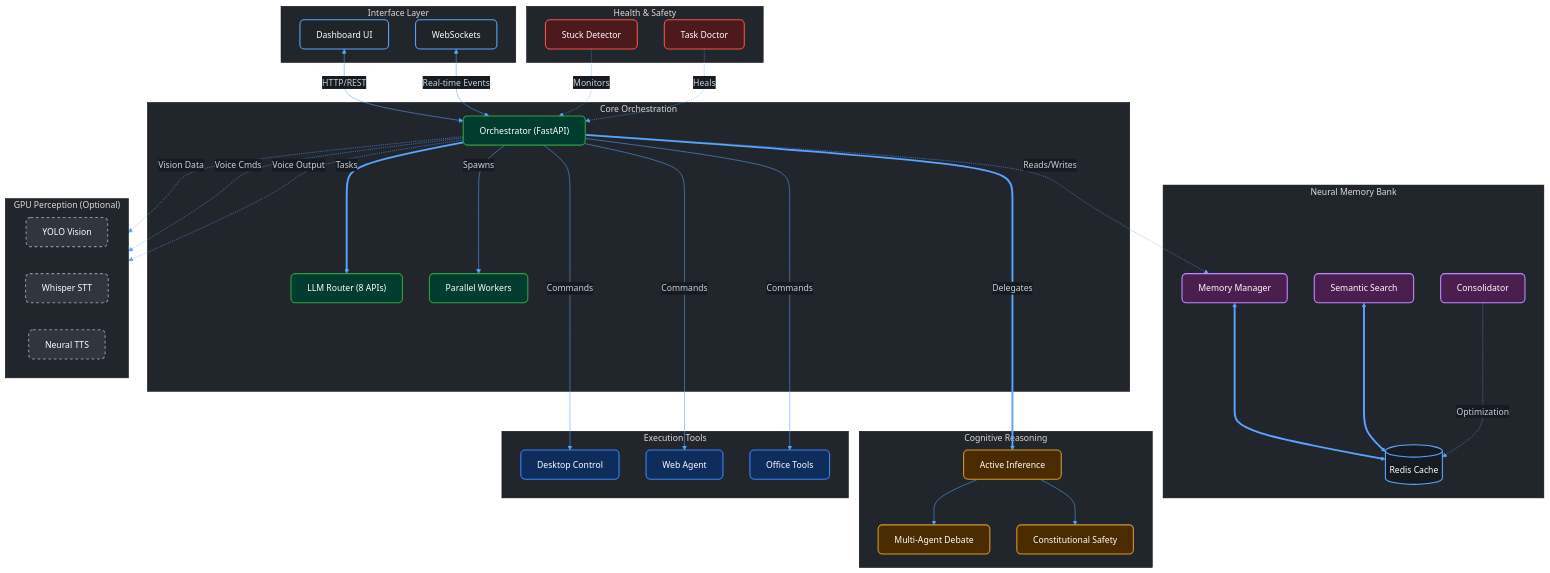
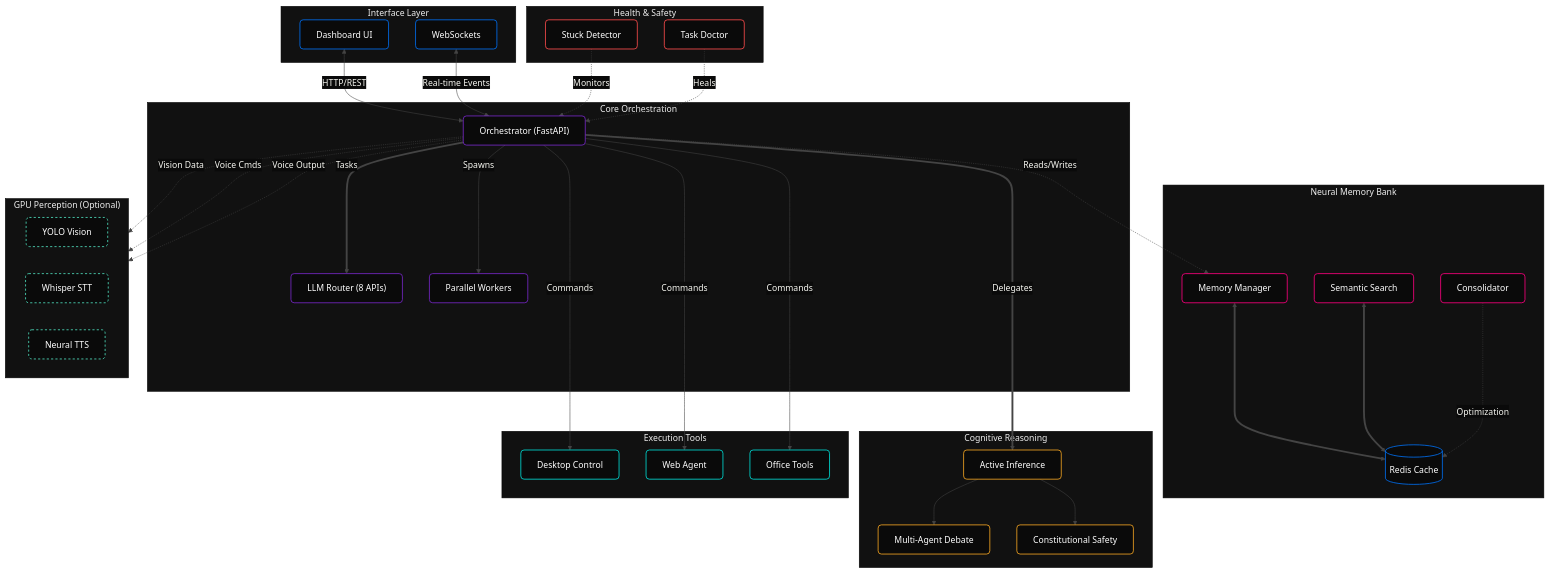
Before and after one commit to shashankrpatil077-ctrl/xoyo: the diagram in README.md, drawn with Mermaid.

Commit message:
style: Upgrade architecture diagrams to premium minimalist Vercel/Stripe dark aesthetic

```diff
--- a/README.md
+++ b/README.md
@@ -90,23 +90,23 @@
 %%{init: {
   'theme': 'base',
   'themeVariables': {
-    'primaryColor': '#0d1117',
-    'primaryTextColor': '#c9d1d9',
-    'primaryBorderColor': '#30363d',
-    'lineColor': '#58a6ff',
-    'secondaryColor': '#161b22',
-    'tertiaryColor': '#21262d'
+    'primaryColor': '#000000',
+    'primaryTextColor': '#F8F8F2',
+    'primaryBorderColor': '#333333',
+    'lineColor': '#444444',
+    'secondaryColor': '#0A0A0A',
+    'tertiaryColor': '#111111'
   }
 }}%%
 graph TB
-    classDef frontend fill:#1f2428,stroke:#58a6ff,stroke-width:2px,color:#fff,rx:8,ry:8
-    classDef core fill:#003d2e,stroke:#2ea043,stroke-width:2px,color:#fff,rx:8,ry:8
-    classDef mem fill:#4a1e4e,stroke:#bc8cff,stroke-width:2px,color:#fff,rx:8,ry:8
-    classDef reason fill:#4a2c00,stroke:#d29922,stroke-width:2px,color:#fff,rx:8,ry:8
-    classDef tool fill:#0e2d5c,stroke:#3b82f6,stroke-width:2px,color:#fff,rx:8,ry:8
-    classDef watch fill:#4c1a1a,stroke:#f85149,stroke-width:2px,color:#fff,rx:8,ry:8
-    classDef gpu fill:#2f363d,stroke:#8b949e,stroke-width:2px,stroke-dasharray: 5 5,color:#fff,rx:8,ry:8
-    classDef db fill:#161b22,stroke:#58a6ff,stroke-width:2px,color:#fff
+    classDef frontend fill:#0A0A0A,stroke:#0070F3,stroke-width:1.5px,color:#FFFFFF,rx:6,ry:6
+    classDef core fill:#0A0A0A,stroke:#7928CA,stroke-width:1.5px,color:#FFFFFF,rx:6,ry:6
+    classDef mem fill:#0A0A0A,stroke:#FF0080,stroke-width:1.5px,color:#FFFFFF,rx:6,ry:6
+    classDef reason fill:#0A0A0A,stroke:#F5A623,stroke-width:1.5px,color:#FFFFFF,rx:6,ry:6
+    classDef tool fill:#0A0A0A,stroke:#00DFD8,stroke-width:1.5px,color:#FFFFFF,rx:6,ry:6
+    classDef watch fill:#0A0A0A,stroke:#FF4D4D,stroke-width:1.5px,color:#FFFFFF,rx:6,ry:6
+    classDef gpu fill:#0A0A0A,stroke:#50E3C2,stroke-width:1.5px,stroke-dasharray: 4 4,color:#FFFFFF,rx:6,ry:6
+    classDef db fill:#0A0A0A,stroke:#0070F3,stroke-width:1.5px,color:#FFFFFF
 
     subgraph User["Interface Layer"]
         A["Dashboard UI"]:::frontend
```
